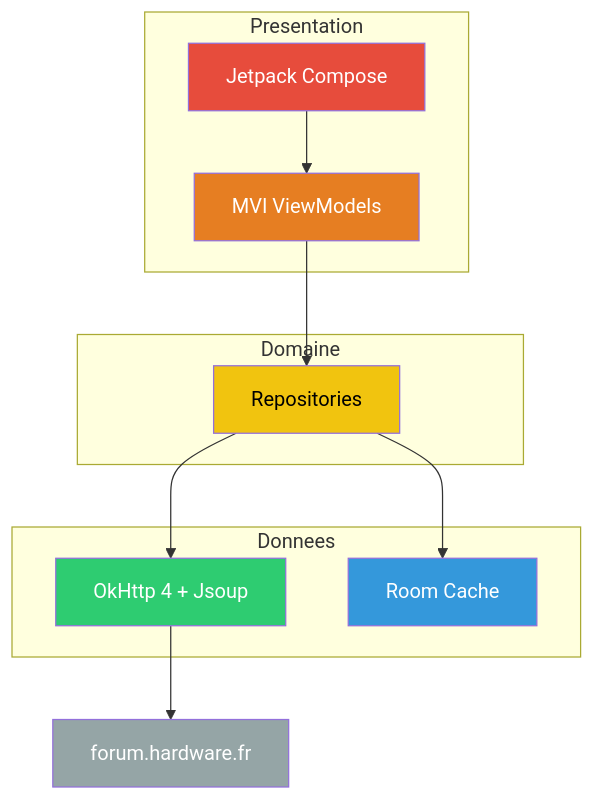
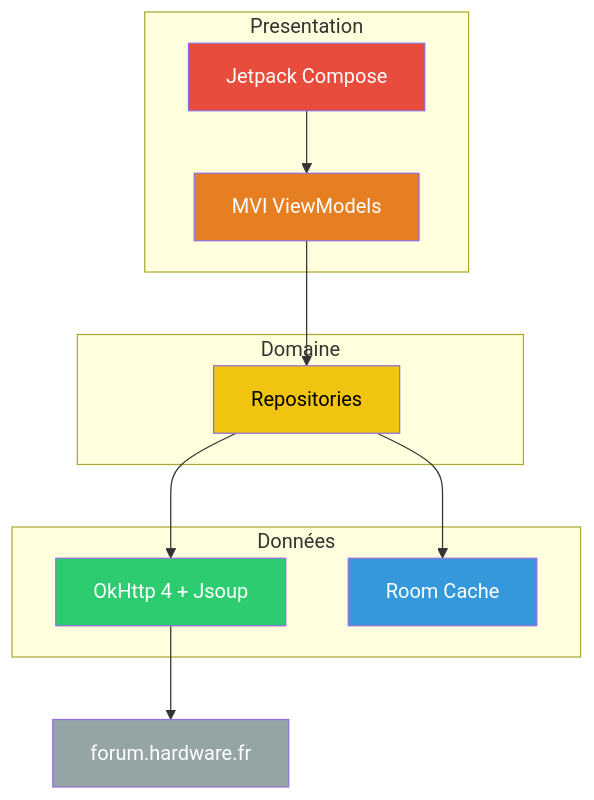
One commit to ForumHFR/redface2 changed the diagram in docs/index.md. Above: the diagram before and after it, drawn with Mermaid. The commit also changed other lines of this file and 10 other files, not shown here.

````diff
--- a/docs/index.md
+++ b/docs/index.md
@@ -46,20 +46,20 @@
 ```mermaid
 graph TB
     subgraph "Presentation"
         A[Jetpack Compose] --> B[MVI ViewModels]
     end
     subgraph "Domaine"
         B --> C[Repositories]
     end
-    subgraph "Donnees"
+    subgraph "Données"
         C --> D[OkHttp 4 + Jsoup]
         C --> E[Room Cache]
     end
     D --> F["forum.hardware.fr"]
     style A fill:#e74c3c,color:#fff
     style B fill:#e67e22,color:#fff
     style C fill:#f1c40f,color:#000
     style D fill:#2ecc71,color:#fff
     style E fill:#3498db,color:#fff
     style F fill:#95a5a6,color:#fff
 ```
````
